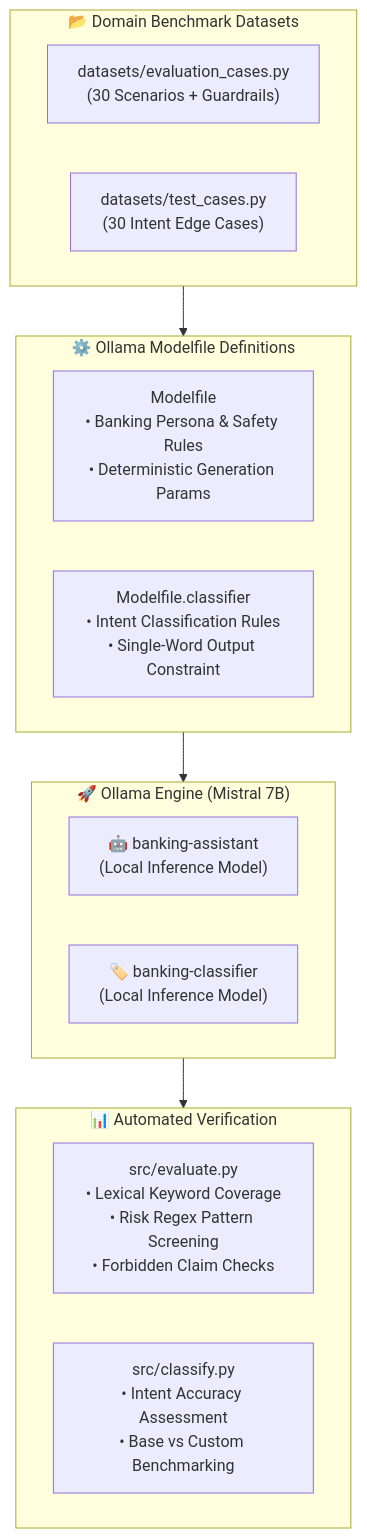
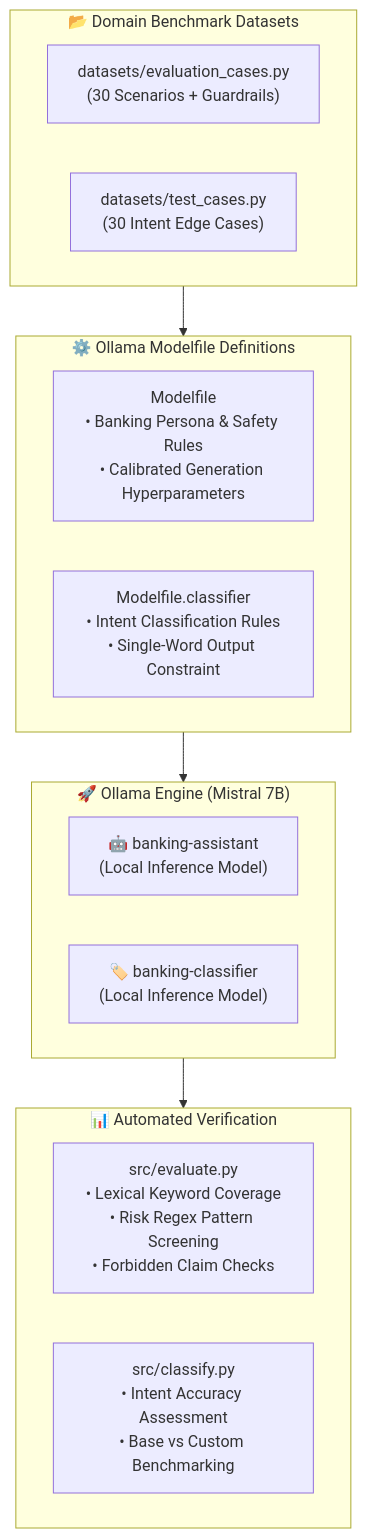
The diagram in README.md (RishavMishraRM/Fine_Tuning), drawn with Mermaid before and after one commit. The commit also changed other lines of this file and 5 other files, not shown here.

````diff
--- a/README.md
+++ b/README.md
@@ -78,26 +78,26 @@
 ```mermaid
 flowchart TD
     subgraph Data["📂 Domain Benchmark Datasets"]
         D1["datasets/evaluation_cases.py\n(30 Scenarios + Guardrails)"]
         D2["datasets/test_cases.py\n(30 Intent Edge Cases)"]
     end
 
     subgraph Modelfiles["⚙️ Ollama Modelfile Definitions"]
-        MF1["Modelfile\n• Banking Persona & Safety Rules\n• Deterministic Generation Params"]
+        MF1["Modelfile\n• Banking Persona & Safety Rules\n• Calibrated Generation Hyperparameters"]
         MF2["Modelfile.classifier\n• Intent Classification Rules\n• Single-Word Output Constraint"]
     end
 
     subgraph LocalEngine["🚀 Ollama Engine (Mistral 7B)"]
         M1["🤖 banking-assistant\n(Local Inference Model)"]
         M2["🏷️ banking-classifier\n(Local Inference Model)"]
     end
 
     subgraph EvaluationSuite["📊 Automated Verification"]
         E1["src/evaluate.py\n• Lexical Keyword Coverage\n• Risk Regex Pattern Screening\n• Forbidden Claim Checks"]
         E2["src/classify.py\n• Intent Accuracy Assessment\n• Base vs Custom Benchmarking"]
     end
 
     Data --> Modelfiles
     Modelfiles --> LocalEngine
     LocalEngine --> EvaluationSuite
 ```
````
